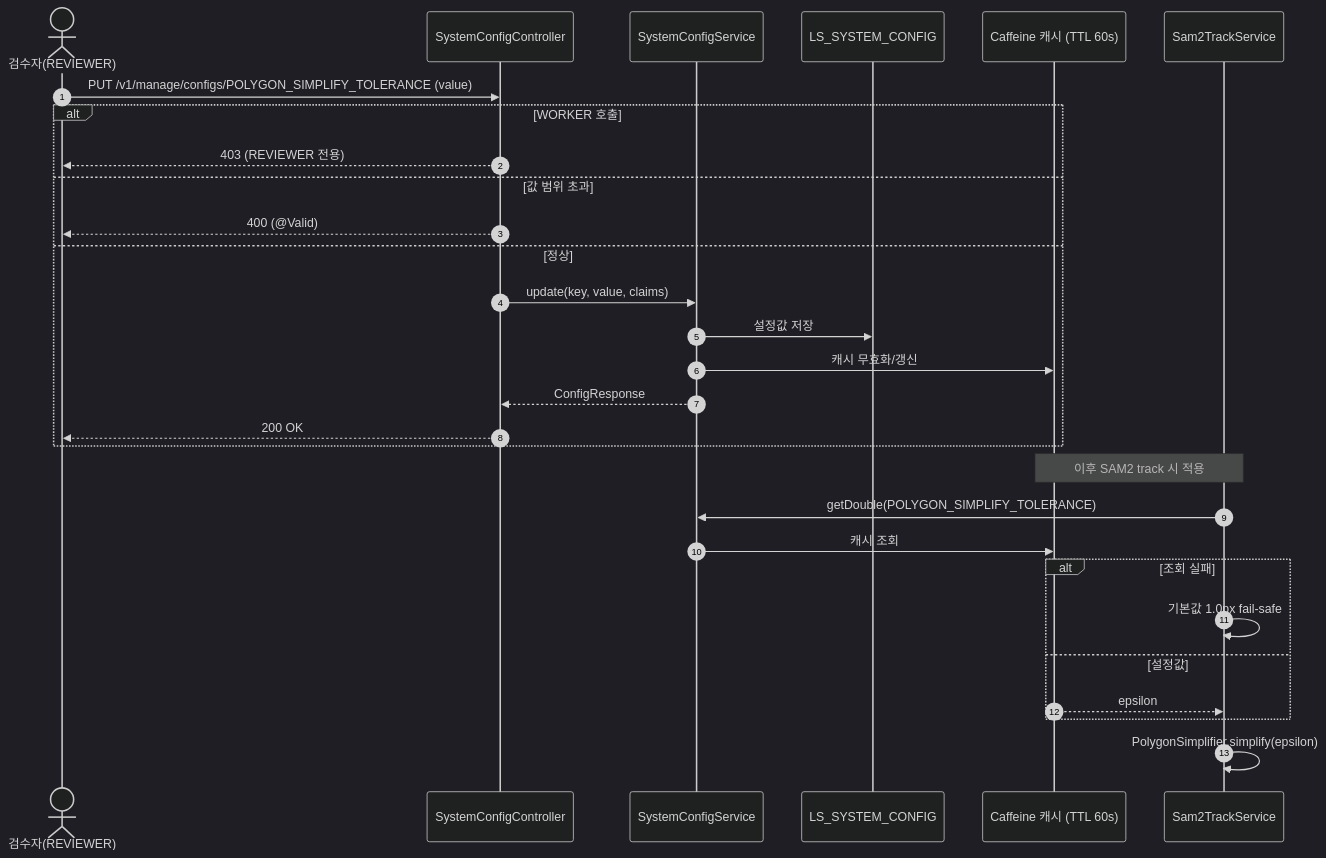
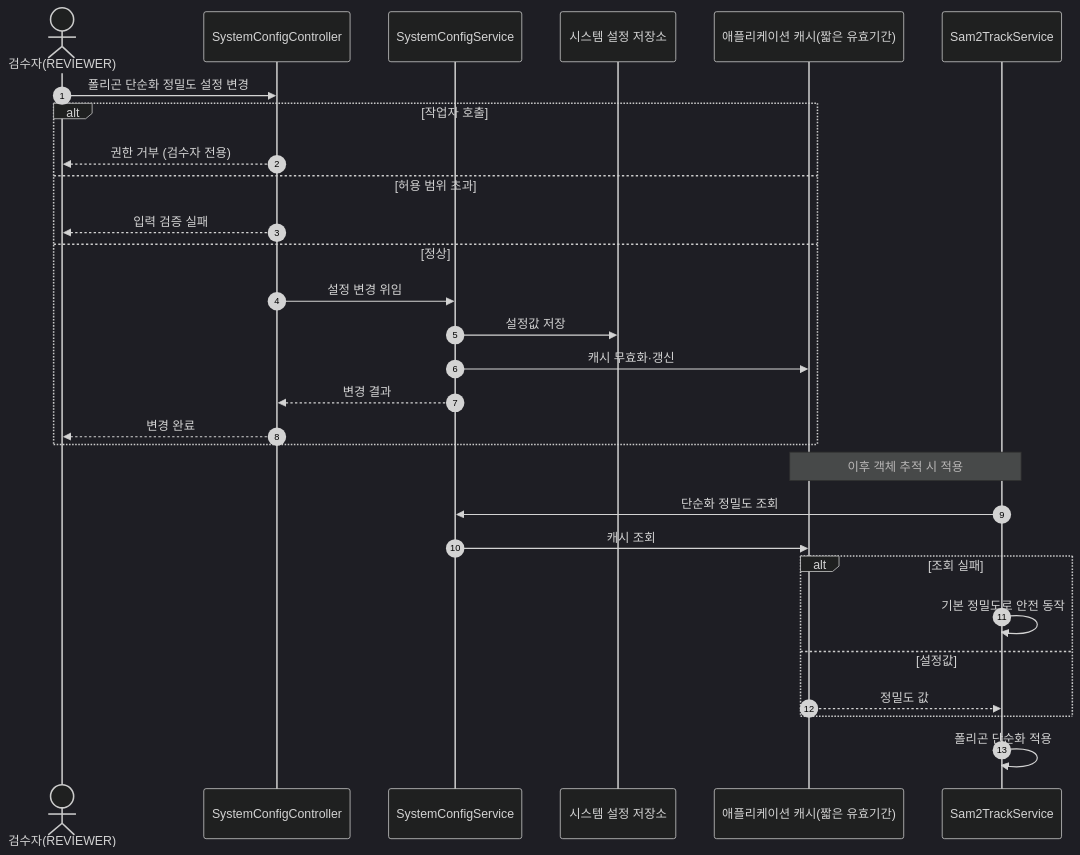
Before and after one commit to New-stella/klid-label: the sixth of 26 diagrams in docs/design/D1-클래스설계서.md, drawn with Mermaid (dark theme). The commit also changed other lines of this file and 32 other files, not shown here.

````diff
--- a/docs/design/D1-클래스설계서.md
+++ b/docs/design/D1-클래스설계서.md
@@ -412,31 +387,31 @@
 ```mermaid
 sequenceDiagram
     autonumber
     actor RV as 검수자(REVIEWER)
     participant SCC as SystemConfigController
     participant SCS as SystemConfigService
-    participant DB as LS_SYSTEM_CONFIG
-    participant CA as Caffeine 캐시 (TTL 60s)
+    participant DB as 시스템 설정 저장소
+    participant CA as 애플리케이션 캐시(짧은 유효기간)
     participant STS as Sam2TrackService
-    RV->>SCC: PUT /v1/manage/configs/POLYGON_SIMPLIFY_TOLERANCE (value)
-    alt WORKER 호출
-        SCC-->>RV: 403 (REVIEWER 전용)
-    else 값 범위 초과
-        SCC-->>RV: 400 (@Valid)
+    RV->>SCC: 폴리곤 단순화 정밀도 설정 변경
+    alt 작업자 호출
+        SCC-->>RV: 권한 거부 (검수자 전용)
+    else 허용 범위 초과
+        SCC-->>RV: 입력 검증 실패
     else 정상
-        SCC->>SCS: update(key, value, claims)
+        SCC->>SCS: 설정 변경 위임
         SCS->>DB: 설정값 저장
-        SCS->>CA: 캐시 무효화/갱신
-        SCS-->>SCC: ConfigResponse
-        SCC-->>RV: 200 OK
+        SCS->>CA: 캐시 무효화·갱신
+        SCS-->>SCC: 변경 결과
+        SCC-->>RV: 변경 완료
     end
-    Note over STS,CA: 이후 SAM2 track 시 적용
-    STS->>SCS: getDouble(POLYGON_SIMPLIFY_TOLERANCE)
+    Note over STS,CA: 이후 객체 추적 시 적용
+    STS->>SCS: 단순화 정밀도 조회
     SCS->>CA: 캐시 조회
     alt 조회 실패
-        STS->>STS: 기본값 1.0px fail-safe
+        STS->>STS: 기본 정밀도로 안전 동작
     else 설정값
-        CA-->>STS: epsilon
+        CA-->>STS: 정밀도 값
     end
-    STS->>STS: PolygonSimplifier.simplify(epsilon)
+    STS->>STS: 폴리곤 단순화 적용
 ```
````
